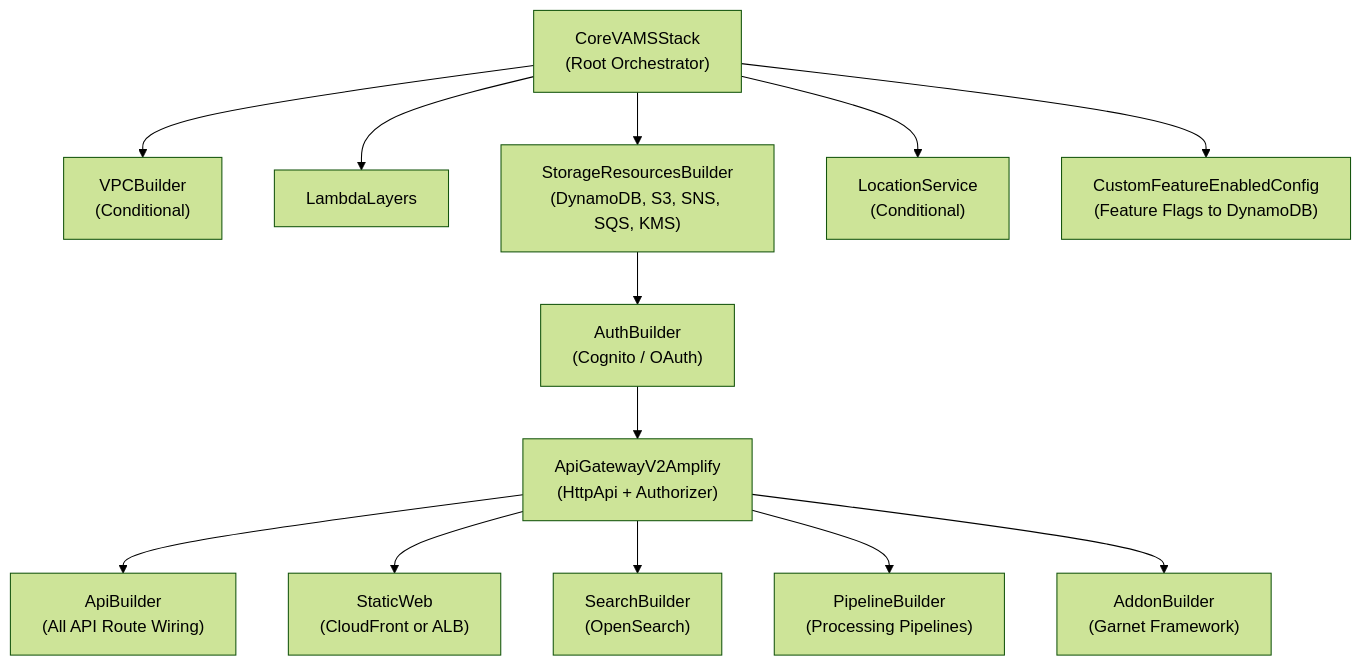
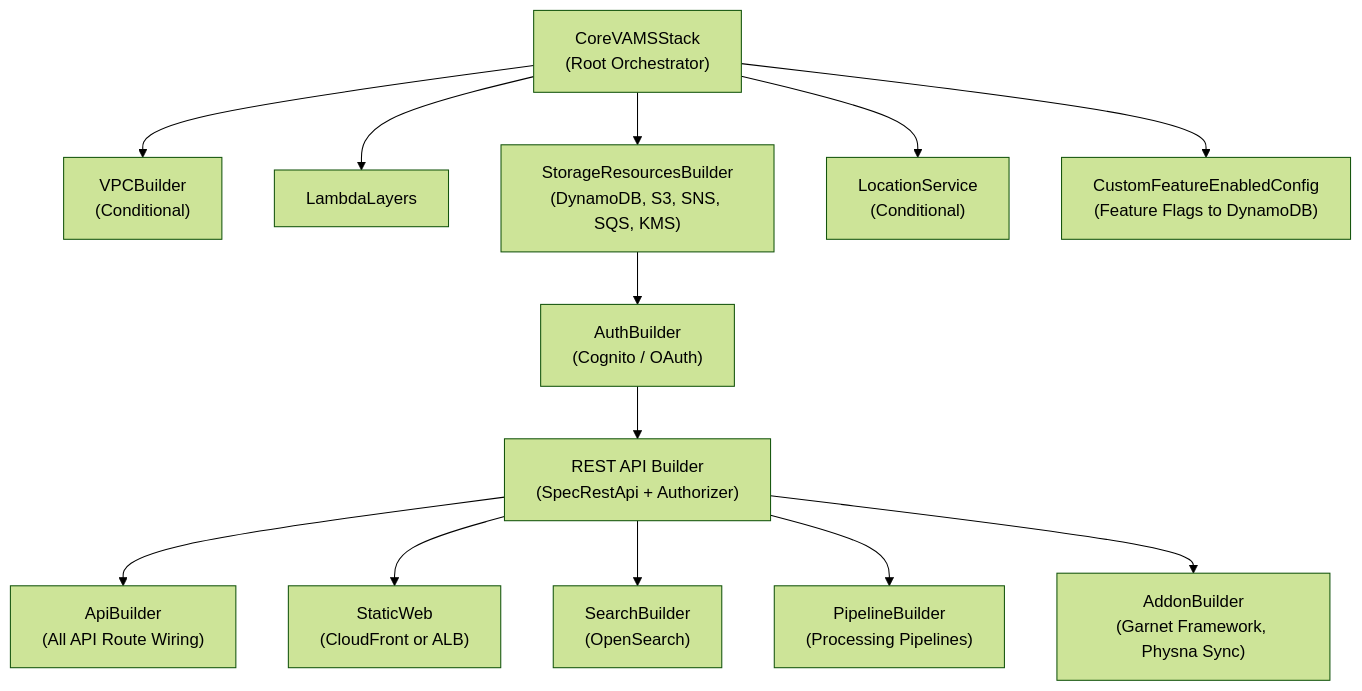
The third of 3 diagrams in documentation/docusaurus-site/docs/architecture/overview.md (awslabs/visual-asset-management-system), drawn with Mermaid (forest theme) before and after one commit. The commit also changed other lines of this file and 2239 other files, not shown here.

````diff
--- a/documentation/docusaurus-site/docs/architecture/overview.md
+++ b/documentation/docusaurus-site/docs/architecture/overview.md
@@ -129,29 +130,29 @@
 ```mermaid
 graph TD
     Core["CoreVAMSStack<br/>(Root Orchestrator)"]
     VPC["VPCBuilder<br/>(Conditional)"]
     Layers["LambdaLayers"]
     Storage["StorageResourcesBuilder<br/>(DynamoDB, S3, SNS, SQS, KMS)"]
     Auth["AuthBuilder<br/>(Cognito / OAuth)"]
-    API["ApiGatewayV2Amplify<br/>(HttpApi + Authorizer)"]
+    API["REST API Builder<br/>(SpecRestApi + Authorizer)"]
     APIBuilder["ApiBuilder<br/>(All API Route Wiring)"]
     StaticWeb["StaticWeb<br/>(CloudFront or ALB)"]
     Search["SearchBuilder<br/>(OpenSearch)"]
     Pipelines["PipelineBuilder<br/>(Processing Pipelines)"]
-    Addons["AddonBuilder<br/>(Garnet Framework)"]
+    Addons["AddonBuilder<br/>(Garnet Framework, Physna Sync)"]
     Location["LocationService<br/>(Conditional)"]
     Features["CustomFeatureEnabledConfig<br/>(Feature Flags to DynamoDB)"]
 
     Core --> VPC
     Core --> Layers
     Core --> Storage
     Storage --> Auth
     Auth --> API
     API --> APIBuilder
     API --> StaticWeb
     API --> Search
     API --> Pipelines
     API --> Addons
     Core --> Location
     Core --> Features
 ```
````
